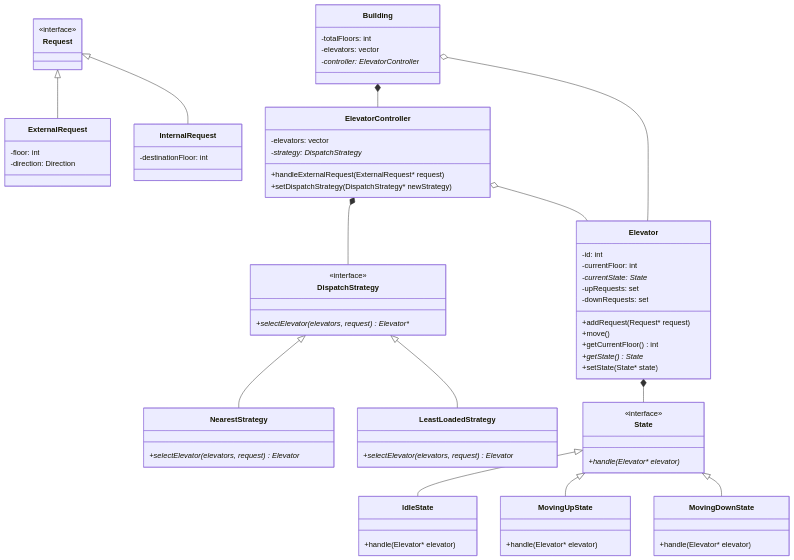
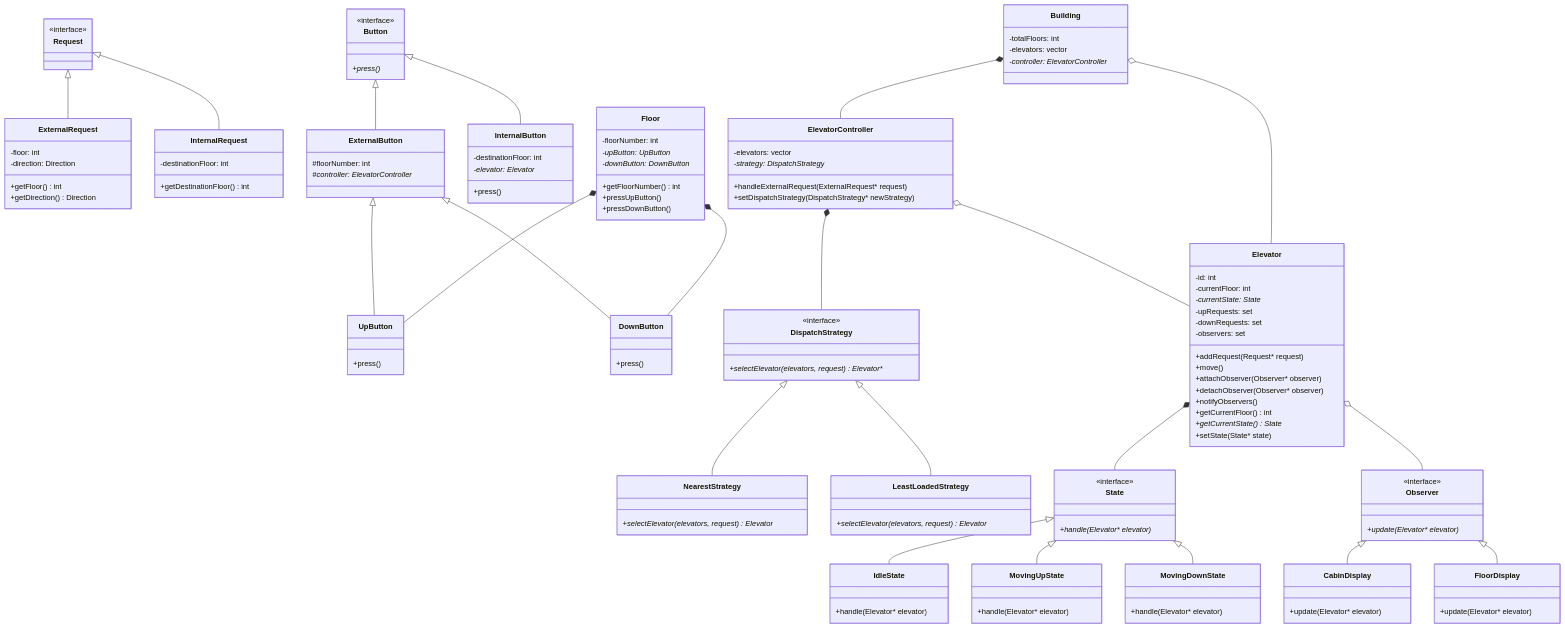
The diagram in ElevatorDesignPattern/README.md (sunnysahani070-ops/MySystemDesign), drawn with Mermaid before and after one commit. The commit also changed other lines of this file and 1 other file, not shown here.

Commit message:
Update documentation to include Observer pattern, button system, and floor classes for elevator design

```diff
--- a/ElevatorDesignPattern/README.md
+++ b/ElevatorDesignPattern/README.md
@@ -35,9 +44,12 @@
     class ExternalRequest {
         -floor: int
         -direction: Direction
+        +getFloor() int
+        +getDirection() Direction
     }
     class InternalRequest {
         -destinationFloor: int
+        +getDestinationFloor() int
     }
     Request <|-- ExternalRequest
     Request <|-- InternalRequest
@@ -59,19 +71,72 @@
     State <|-- MovingUpState
     State <|-- MovingDownState
 
+    class Observer {
+        <<interface>>
+        +update(Elevator* elevator)*
+    }
+    class CabinDisplay {
+        +update(Elevator* elevator)
+    }
+    class FloorDisplay {
+        +update(Elevator* elevator)
+    }
+    Observer <|-- CabinDisplay
+    Observer <|-- FloorDisplay
+
+    class Button {
+        <<interface>>
+        +press()*
+    }
+    class ExternalButton {
+        #floorNumber: int
+        #controller: ElevatorController*
+    }
+    class UpButton {
+        +press()
+    }
+    class DownButton {
+        +press()
+    }
+    class InternalButton {
+        -destinationFloor: int
+        -elevator: Elevator*
+        +press()
+    }
+    Button <|-- ExternalButton
+    Button <|-- InternalButton
+    ExternalButton <|-- UpButton
+    ExternalButton <|-- DownButton
+
+    class Floor {
+        -floorNumber: int
+        -upButton: UpButton*
+        -downButton: DownButton*
+        +getFloorNumber() int
+        +pressUpButton()
+        +pressDownButton()
+    }
+    Floor *-- UpButton
+    Floor *-- DownButton
+
     class Elevator {
         -id: int
         -currentFloor: int
         -currentState: State*
         -upRequests: set<int>
         -downRequests: set<int>
+        -observers: set<Observer*>
         +addRequest(Request* request)
         +move()
+        +attachObserver(Observer* observer)
+        +detachObserver(Observer* observer)
+        +notifyObservers()
         +getCurrentFloor() int
-        +getState() State*
+        +getCurrentState() State*
         +setState(State* state)
     }
     Elevator *-- State
+    Elevator o-- Observer
 
     class DispatchStrategy {
         <<interface>>
```
